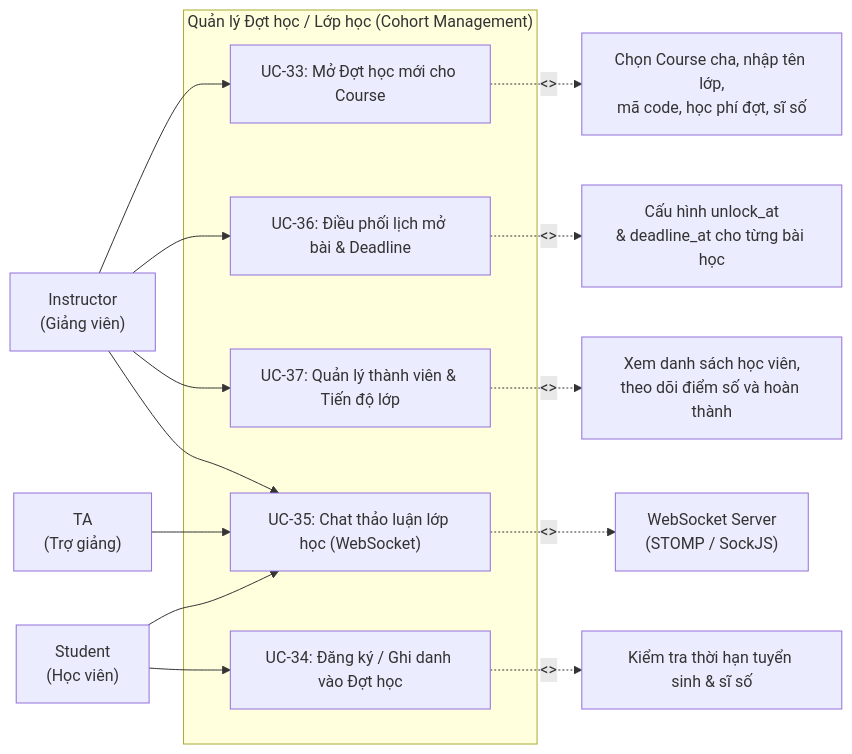
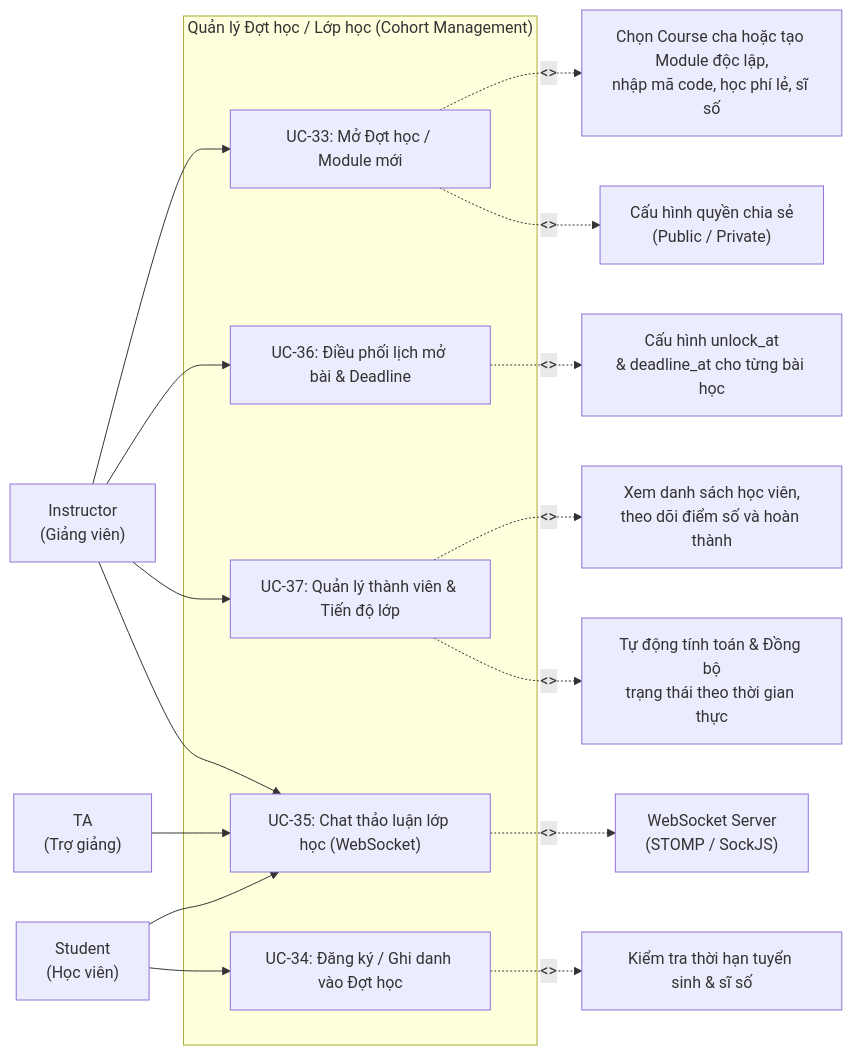
One commit to TienNguyen23-12/utelearn-platform changed the second of 4 diagrams in docs/usecases/UC08_QuanLyLopHocDot.md. Above: the diagram before and after it, drawn with Mermaid. The commit also changed other lines of this file and 2 other files, not shown here.

Commit message:
docs(usecase): sync diagrams with dynamic cohort lifecycle state machine and category crud

````diff
--- a/docs/usecases/UC08_QuanLyLopHocDot.md
+++ b/docs/usecases/UC08_QuanLyLopHocDot.md
@@ -35,28 +36,30 @@
 ```mermaid
 graph LR
     Instructor["Instructor<br/>(Giảng viên)"]
     Student["Student<br/>(Học viên)"]
     TA["TA<br/>(Trợ giảng)"]
 
     subgraph UC_Cohort["Quản lý Đợt học / Lớp học (Cohort Management)"]
-        UC33["UC-33: Mở Đợt học mới cho Course"]
+        UC33["UC-33: Mở Đợt học / Module mới"]
         UC34["UC-34: Đăng ký / Ghi danh vào Đợt học"]
         UC35["UC-35: Chat thảo luận lớp học (WebSocket)"]
         UC36["UC-36: Điều phối lịch mở bài & Deadline"]
         UC37["UC-37: Quản lý thành viên & Tiến độ lớp"]
     end
 
     Instructor --> UC33
     Instructor --> UC36
     Instructor --> UC37
     Student --> UC34
     Student --> UC35
     TA --> UC35
     Instructor --> UC35
 
-    UC33 -.->|"<<includes>>"| UC33a["Chọn Course cha, nhập tên lớp,<br/>mã code, học phí đợt, sĩ số"]
+    UC33 -.->|"<<includes>>"| UC33a["Chọn Course cha hoặc tạo Module độc lập,<br/>nhập mã code, học phí lẻ, sĩ số"]
+    UC33 -.->|"<<includes>>"| UC33b["Cấu hình quyền chia sẻ<br/>(Public / Private)"]
     UC34 -.->|"<<includes>>"| UC34a["Kiểm tra thời hạn tuyển sinh & sĩ số"]
     UC35 -.->|"<<uses>>"| WSS["WebSocket Server<br/>(STOMP / SockJS)"]
     UC36 -.->|"<<includes>>"| UC36a["Cấu hình unlock_at<br/>& deadline_at cho từng bài học"]
     UC37 -.->|"<<includes>>"| UC37a["Xem danh sách học viên,<br/>theo dõi điểm số và hoàn thành"]
+    UC37 -.->|"<<includes>>"| UC37b["Tự động tính toán & Đồng bộ<br/>trạng thái theo thời gian thực"]
 ```
````
